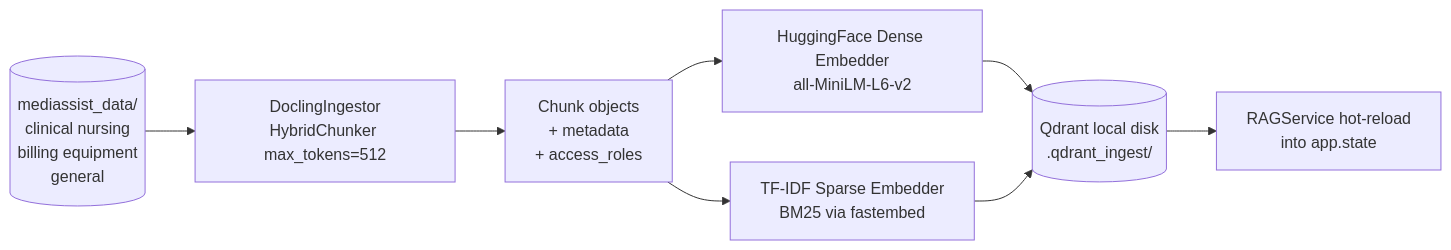
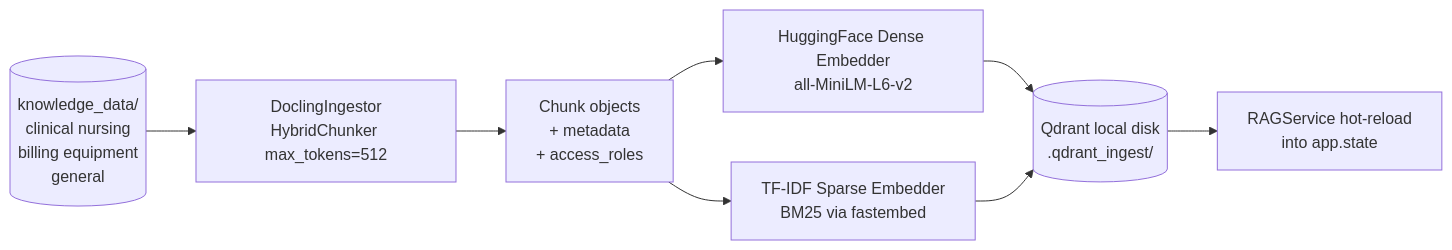
The second of 3 diagrams in README.md (ziaur-r/MediBot), drawn with Mermaid before and after one commit. The commit also changed other lines of this file and 22 other files, not shown here.

````diff
--- a/README.md
+++ b/README.md
@@ -86,11 +86,11 @@
 ```mermaid
 flowchart LR
-    KB[(mediassist_data/\nclinical  nursing\nbilling  equipment\ngeneral)]
+    KB[(knowledge_data/\nclinical  nursing\nbilling  equipment\ngeneral)]
     KB --> DI[DoclingIngestor\nHybridChunker max_tokens=512]
     DI --> CH[Chunk objects\n+ metadata\n+ access_roles]
     CH --> DE[HuggingFace Dense Embedder\nall-MiniLM-L6-v2]
     CH --> SE[TF-IDF Sparse Embedder\nBM25 via fastembed]
     DE --> QD[(Qdrant local disk\n.qdrant_ingest/)]
     SE --> QD
     QD --> RS[RAGService hot-reload\ninto app.state]
 ```
````
